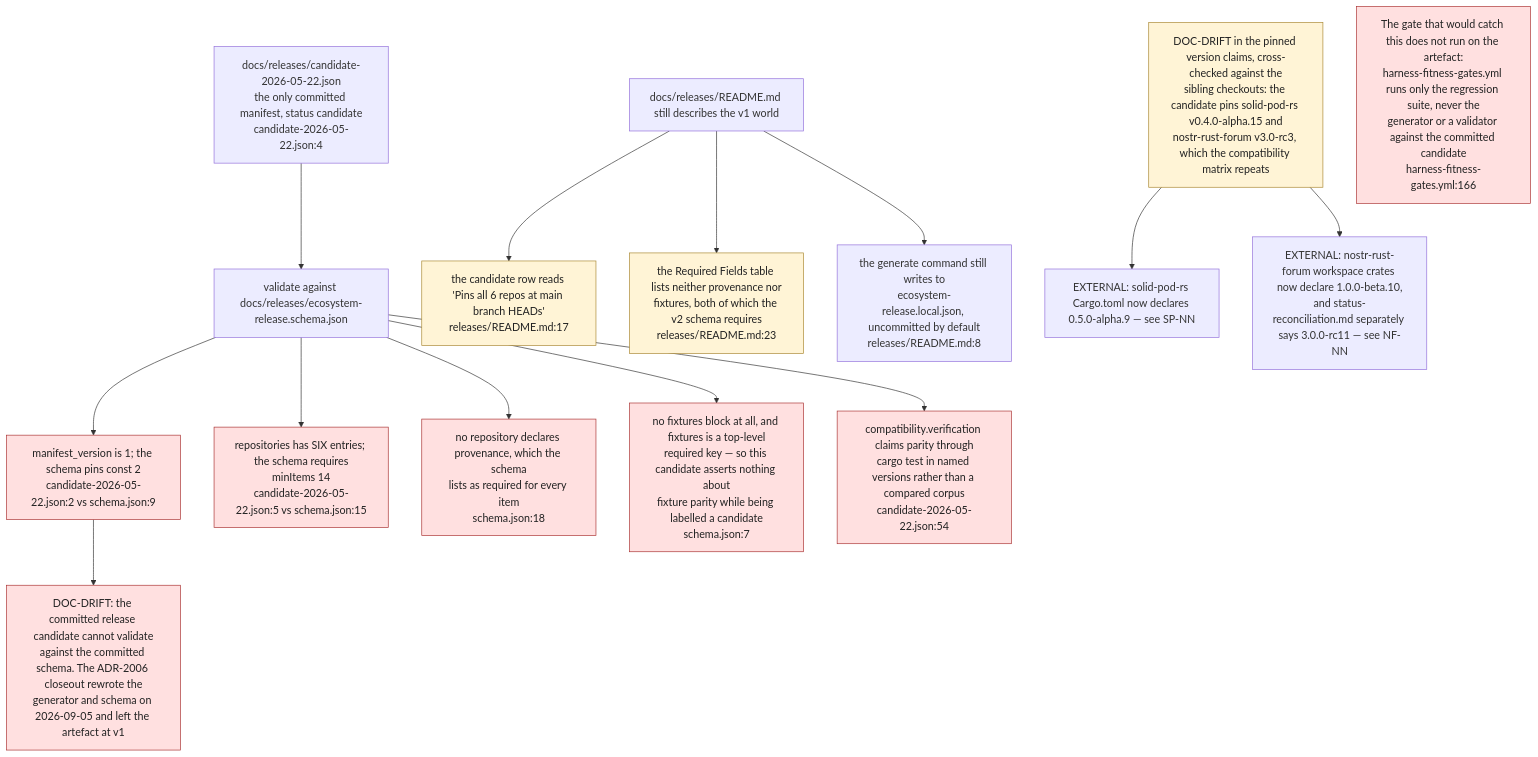
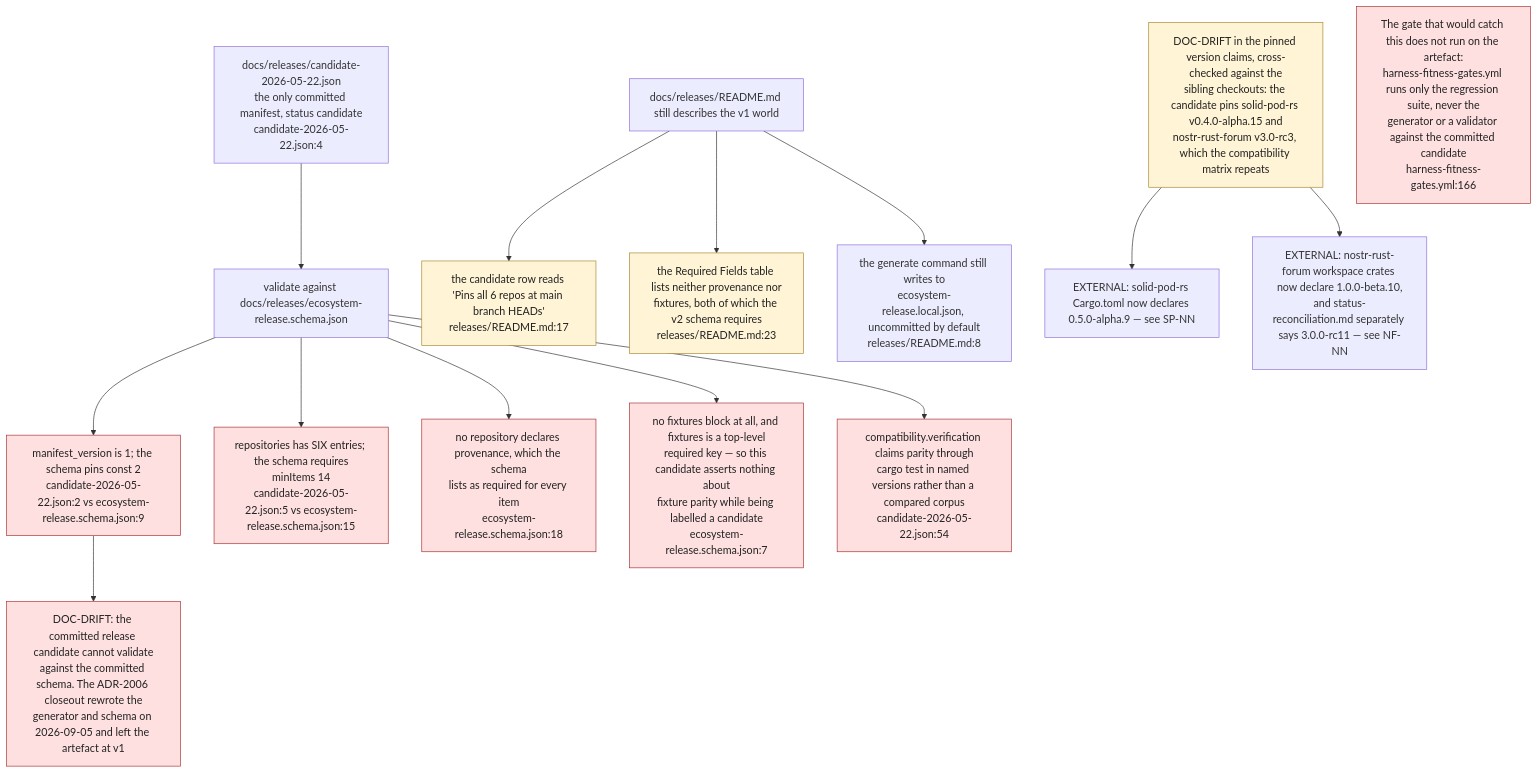
Before and after one commit to DreamLab-AI/VisionFlow: the fifth of 11 diagrams in docs/diagrams/visionflow/07-pitch-presentation-reports.md, drawn with Mermaid. The commit also changed other lines of this file and 185 other files, not shown here.

Commit message:
docs(estate): reconcile diagrams and ADRs with source and define closeout sprint

````diff
--- a/docs/diagrams/visionflow/07-pitch-presentation-reports.md
+++ b/docs/diagrams/visionflow/07-pitch-presentation-reports.md
@@ -219,27 +220,27 @@
 ```mermaid
 flowchart TB
     classDef fail fill:#ffe0e0,stroke:#aa3333,color:#222
     classDef doc fill:#fff4d6,stroke:#aa8833,color:#222
 
     CAND["docs/releases/candidate-2026-05-22.json<br/>the only committed manifest, status candidate<br/>candidate-2026-05-22.json:4"] --> V
 
     V["validate against docs/releases/ecosystem-release.schema.json"]
 
-    V --> F1["manifest_version is 1; the schema pins const 2<br/>candidate-2026-05-22.json:2 vs schema.json:9"]:::fail
-    V --> F2["repositories has SIX entries; the schema requires<br/>minItems 14<br/>candidate-2026-05-22.json:5 vs schema.json:15"]:::fail
-    V --> F3["no repository declares provenance, which the schema<br/>lists as required for every item<br/>schema.json:18"]:::fail
-    V --> F4["no fixtures block at all, and fixtures is a top-level<br/>required key — so this candidate asserts nothing about<br/>fixture parity while being labelled a candidate<br/>schema.json:7"]:::fail
+    V --> F1["manifest_version is 1; the schema pins const 2<br/>candidate-2026-05-22.json:2 vs ecosystem-release.schema.json:9"]:::fail
+    V --> F2["repositories has SIX entries; the schema requires<br/>minItems 14<br/>candidate-2026-05-22.json:5 vs ecosystem-release.schema.json:15"]:::fail
+    V --> F3["no repository declares provenance, which the schema<br/>lists as required for every item<br/>ecosystem-release.schema.json:18"]:::fail
+    V --> F4["no fixtures block at all, and fixtures is a top-level<br/>required key — so this candidate asserts nothing about<br/>fixture parity while being labelled a candidate<br/>ecosystem-release.schema.json:7"]:::fail
     V --> F5["compatibility.verification claims parity through<br/>cargo test in named versions rather than a compared corpus<br/>candidate-2026-05-22.json:54"]:::fail
 
     F1 --> VERD["DOC-DRIFT: the committed release candidate cannot validate<br/>against the committed schema. The ADR-2006 closeout rewrote the<br/>generator and schema on 2026-09-05 and left the artefact at v1"]:::fail
 
     RM["docs/releases/README.md still describes the v1 world"] --> D1["the candidate row reads 'Pins all 6 repos at main branch HEADs'<br/>releases/README.md:17"]:::doc
     RM --> D2["the Required Fields table lists neither provenance nor<br/>fixtures, both of which the v2 schema requires<br/>releases/README.md:23"]:::doc
     RM --> D3["the generate command still writes to<br/>ecosystem-release.local.json, uncommitted by default<br/>releases/README.md:8"]
 
     VERSIONS["DOC-DRIFT in the pinned version claims, cross-checked against the<br/>sibling checkouts: the candidate pins solid-pod-rs v0.4.0-alpha.15 and<br/>nostr-rust-forum v3.0-rc3, which the compatibility matrix repeats"]:::doc
     VERSIONS --> X1["EXTERNAL: solid-pod-rs Cargo.toml now declares 0.5.0-alpha.9 — see SP-NN"]
     VERSIONS --> X2["EXTERNAL: nostr-rust-forum workspace crates now declare 1.0.0-beta.10,<br/>and status-reconciliation.md separately says 3.0.0-rc11 — see NF-NN"]
 
     GATE["The gate that would catch this does not run on the artefact:<br/>harness-fitness-gates.yml runs only the regression suite, never the<br/>generator or a validator against the committed candidate<br/>harness-fitness-gates.yml:166"]:::fail
 ```
````
